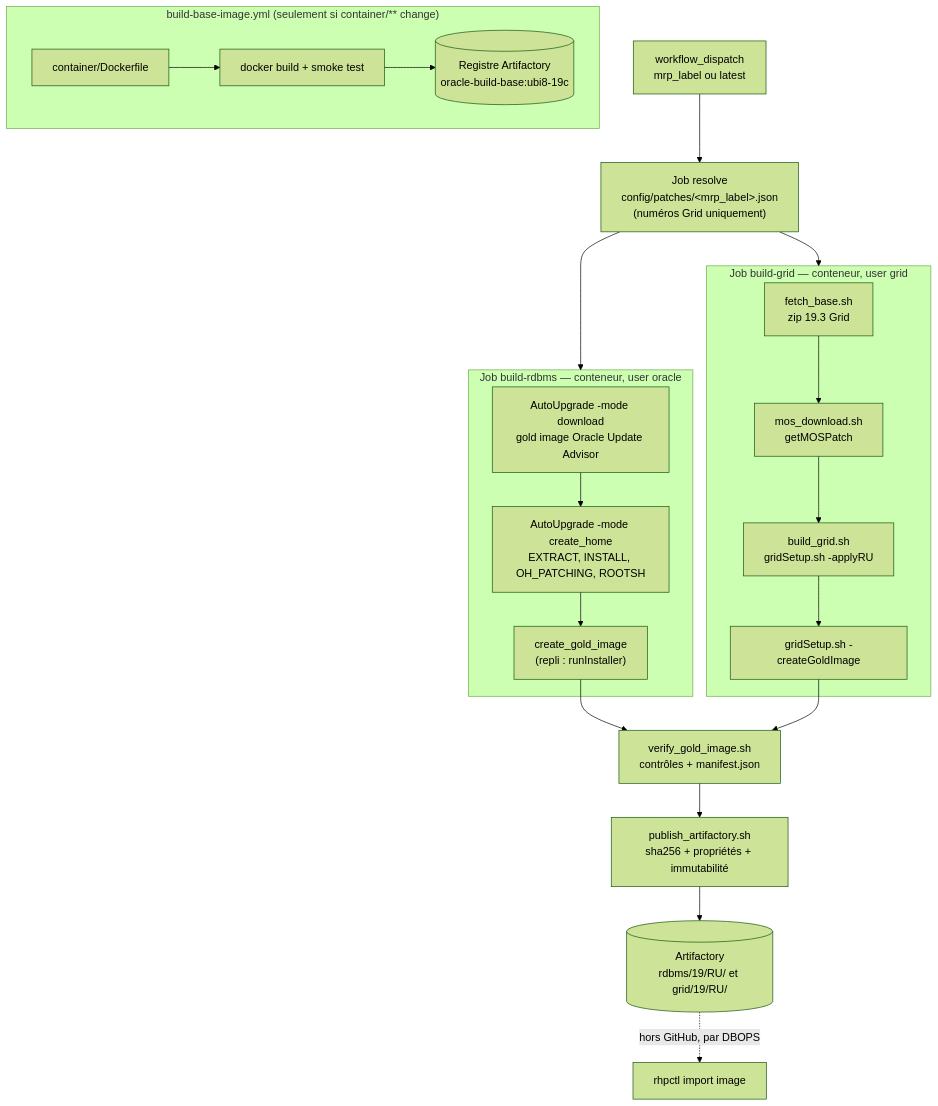
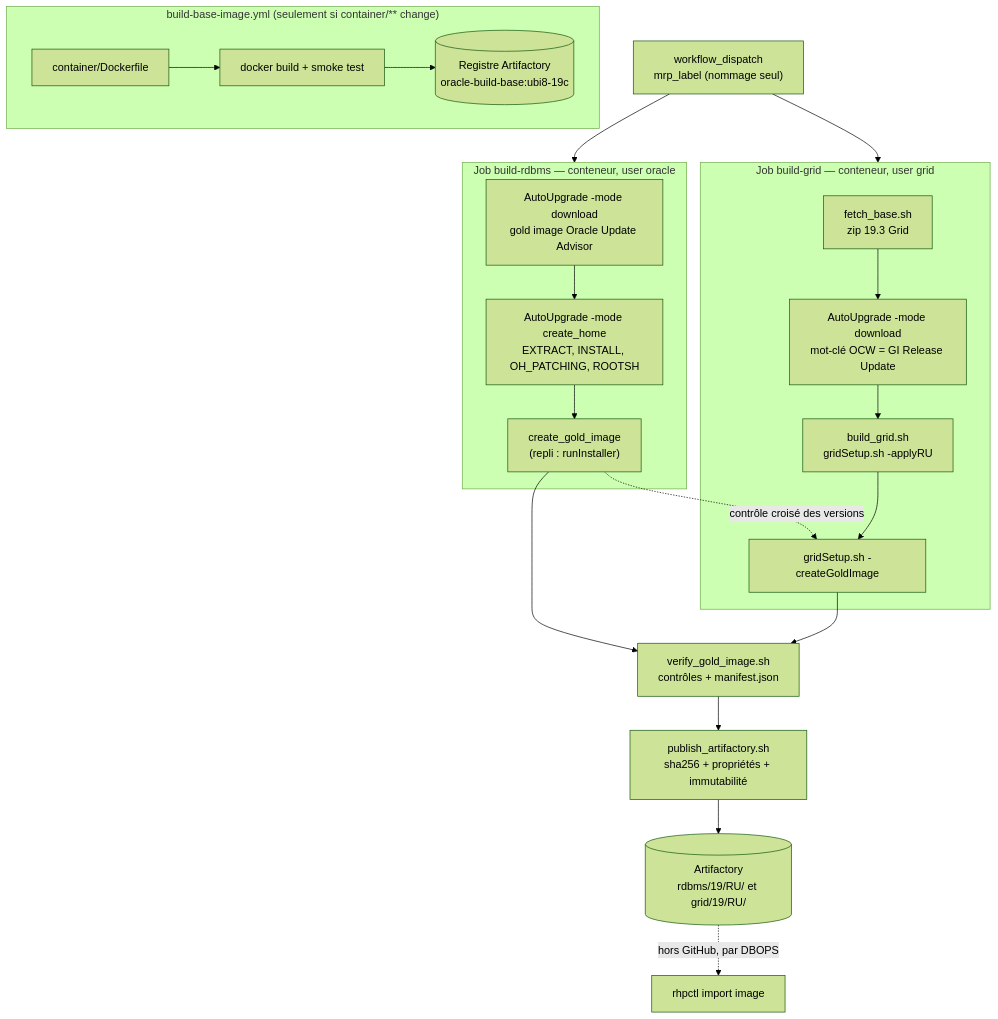
The diagram in README.md (cmodiano/oracle_fpp_image_build_docker), drawn with Mermaid (forest theme) before and after one commit. The commit also changed other lines of this file and 8 other files, not shown here.

Commit message:
feat: plus aucun numéro de patch, Grid téléchargé via AutoUpgrade (OCW)

````diff
--- a/README.md
+++ b/README.md
@@ -32,24 +34,24 @@
 ```mermaid
 flowchart TB
   subgraph base["build-base-image.yml (seulement si container/** change)"]
     C1["container/Dockerfile"] --> C2["docker build + smoke test"] --> C3[("Registre Artifactory<br/>oracle-build-base:ubi8-19c")]
   end
 
-  D["workflow_dispatch<br/>mrp_label ou latest"] --> RS["Job resolve<br/>config/patches/&lt;mrp_label&gt;.json<br/>(numéros Grid uniquement)"]
-  RS --> R
-  RS --> G
+  D["workflow_dispatch<br/>mrp_label (nommage seul)"] --> R
+  D --> G
 
   subgraph R["Job build-rdbms — conteneur, user oracle"]
     R1["AutoUpgrade -mode download<br/>gold image Oracle Update Advisor"] --> R2["AutoUpgrade -mode create_home<br/>EXTRACT, INSTALL, OH_PATCHING, ROOTSH"] --> R4["create_gold_image<br/>(repli : runInstaller)"]
   end
 
   subgraph G["Job build-grid — conteneur, user grid"]
-    G1["fetch_base.sh<br/>zip 19.3 Grid"] --> G2["mos_download.sh<br/>getMOSPatch"] --> G3["build_grid.sh<br/>gridSetup.sh -applyRU"] --> G4["gridSetup.sh -createGoldImage"]
+    G1["fetch_base.sh<br/>zip 19.3 Grid"] --> G2["AutoUpgrade -mode download<br/>mot-clé OCW = GI Release Update"] --> G3["build_grid.sh<br/>gridSetup.sh -applyRU"] --> G4["gridSetup.sh -createGoldImage"]
   end
 
   R4 --> V["verify_gold_image.sh<br/>contrôles + manifest.json"]
   G4 --> V
   V --> P["publish_artifactory.sh<br/>sha256 + propriétés + immutabilité"]
+  R4 -.->|"contrôle croisé des versions"| G4
   P --> A[("Artifactory<br/>rdbms/19/RU/ et grid/19/RU/")]
   A -.->|"hors GitHub, par DBOPS"| F["rhpctl import image"]
 ```
````
